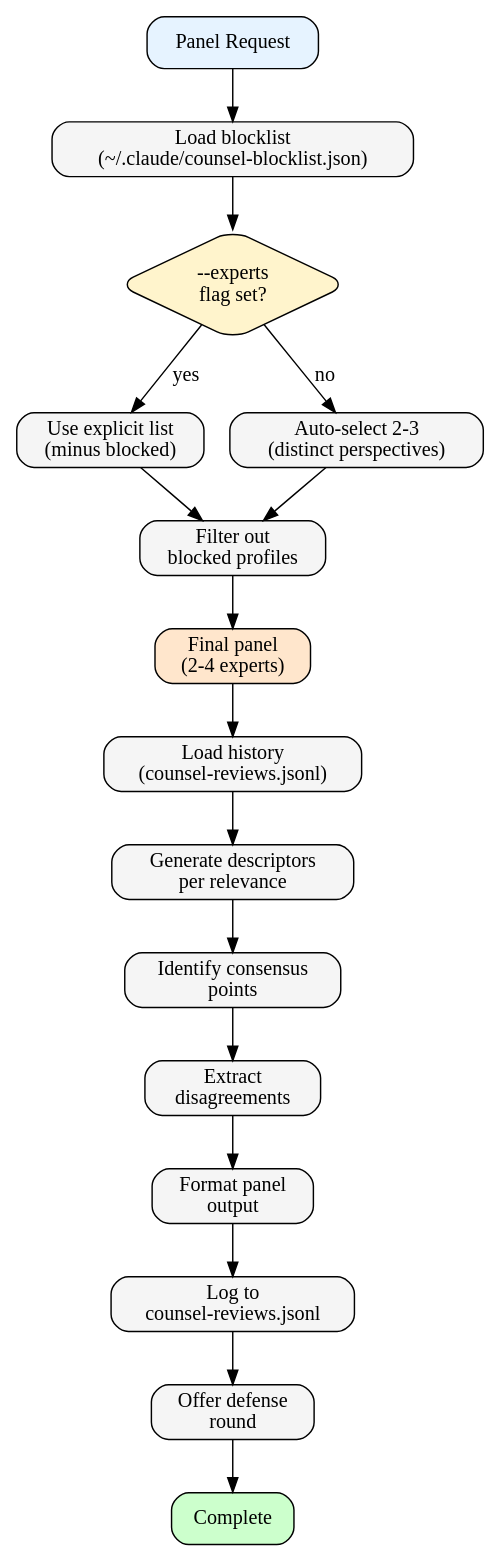
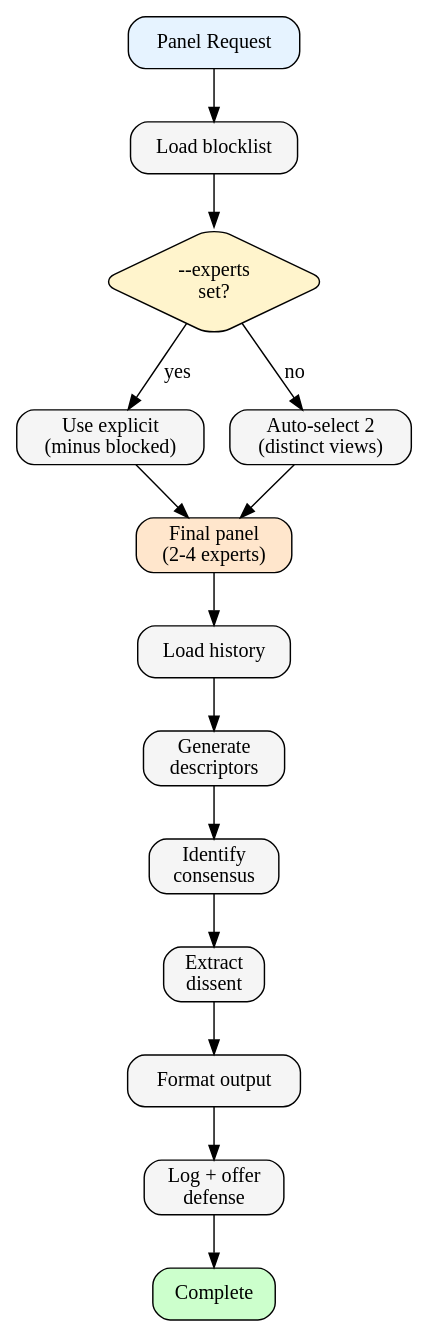
Before and after one commit to saadshahd/moo.md: the second of 2 diagrams in counsel/commands/panel.md, drawn with Graphviz. The commit also changed other lines of this file and 5 other files, not shown here.

First line of the commit message:
refactor(counsel): progressive disclosure for panel modes + formalized retry loop (#16)

````diff
--- a/counsel/commands/panel.md
+++ b/counsel/commands/panel.md
@@ -24,40 +62,27 @@
 ```dot
-digraph PanelWorkflow {
+digraph DebateWorkflow {
   rankdir=TB
   node [shape=box, style="rounded,filled", fillcolor="#f5f5f5"]
 
   Start [label="Panel Request", fillcolor="#e6f3ff"]
-
-  // Step 1
-  LoadBlock [label="Load blocklist\n(~/.claude/counsel-blocklist.json)"]
-  CheckExperts [label="--experts\nflag set?", shape=diamond, fillcolor="#fff4cc"]
-  UseExplicit [label="Use explicit list\n(minus blocked)"]
-  AutoSelect [label="Auto-select 2-3\n(distinct perspectives)"]
-  FilterBlocked [label="Filter out\nblocked profiles"]
+  LoadBlock [label="Load blocklist"]
+  CheckExperts [label="--experts\nset?", shape=diamond, fillcolor="#fff4cc"]
+  UseExplicit [label="Use explicit\n(minus blocked)"]
+  AutoSelect [label="Auto-select 2\n(distinct views)"]
   FinalPanel [label="Final panel\n(2-4 experts)", fillcolor="#ffe6cc"]
-
-  // Step 2
-  LoadHistory [label="Load history\n(counsel-reviews.jsonl)"]
-  GenDescriptors [label="Generate descriptors\nper relevance"]
-  GenConsensus [label="Identify consensus\npoints"]
-  GenDissent [label="Extract\ndisagreements"]
-  FormatOutput [label="Format panel\noutput"]
-
-  // Step 3
-  LogEntry [label="Log to\ncounsel-reviews.jsonl"]
-  OfferDefense [label="Offer defense\nround"]
+  LoadHistory [label="Load history"]
+  GenDescriptors [label="Generate\ndescriptors"]
+  GenConsensus [label="Identify\nconsensus"]
+  GenDissent [label="Extract\ndissent"]
+  Format [label="Format output"]
+  Log [label="Log + offer\ndefense"]
   Done [label="Complete", fillcolor="#ccffcc"]
 
   Start -> LoadBlock -> CheckExperts
   CheckExperts -> UseExplicit [label="yes"]
   CheckExperts -> AutoSelect [label="no"]
-  UseExplicit -> FilterBlocked
-  AutoSelect -> FilterBlocked
-  FilterBlocked -> FinalPanel
-
-  FinalPanel -> LoadHistory -> GenDescriptors
-  GenDescriptors -> GenConsensus -> GenDissent -> FormatOutput
-
-  FormatOutput -> LogEntry -> OfferDefense -> Done
+  UseExplicit -> FinalPanel
+  AutoSelect -> FinalPanel
+  FinalPanel -> LoadHistory -> GenDescriptors -> GenConsensus -> GenDissent -> Format -> Log -> Done
 }
 ```
````
